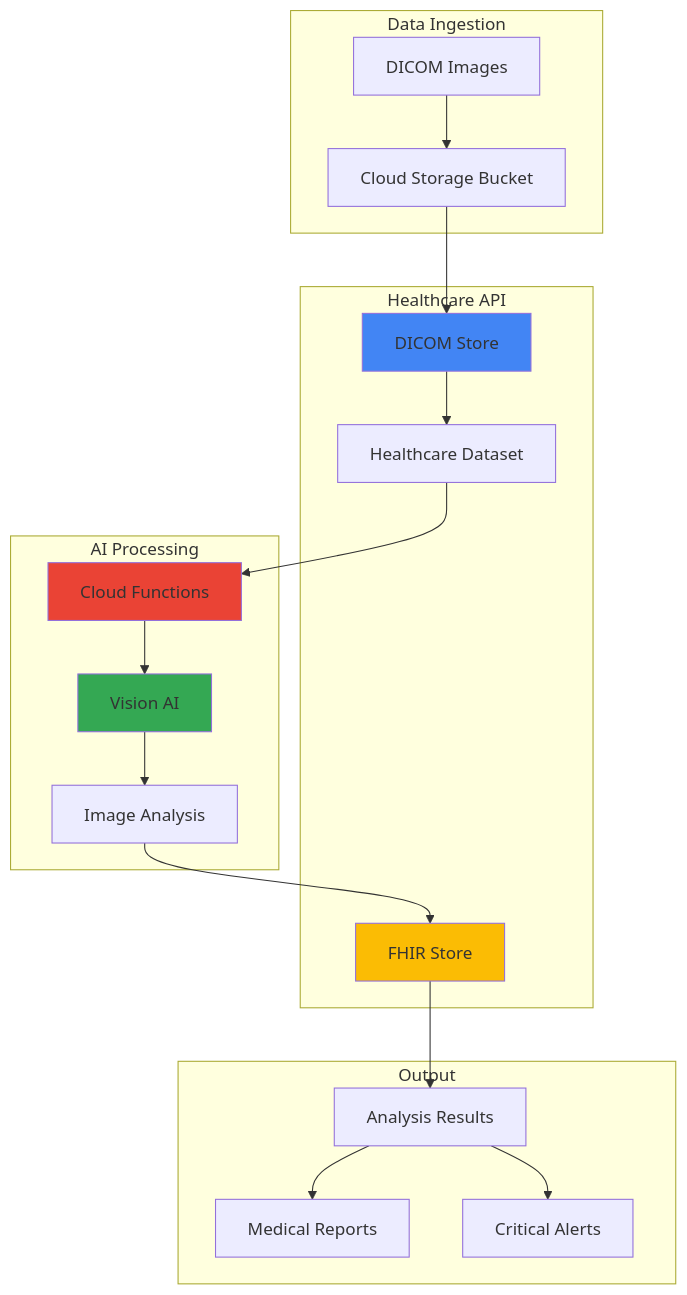
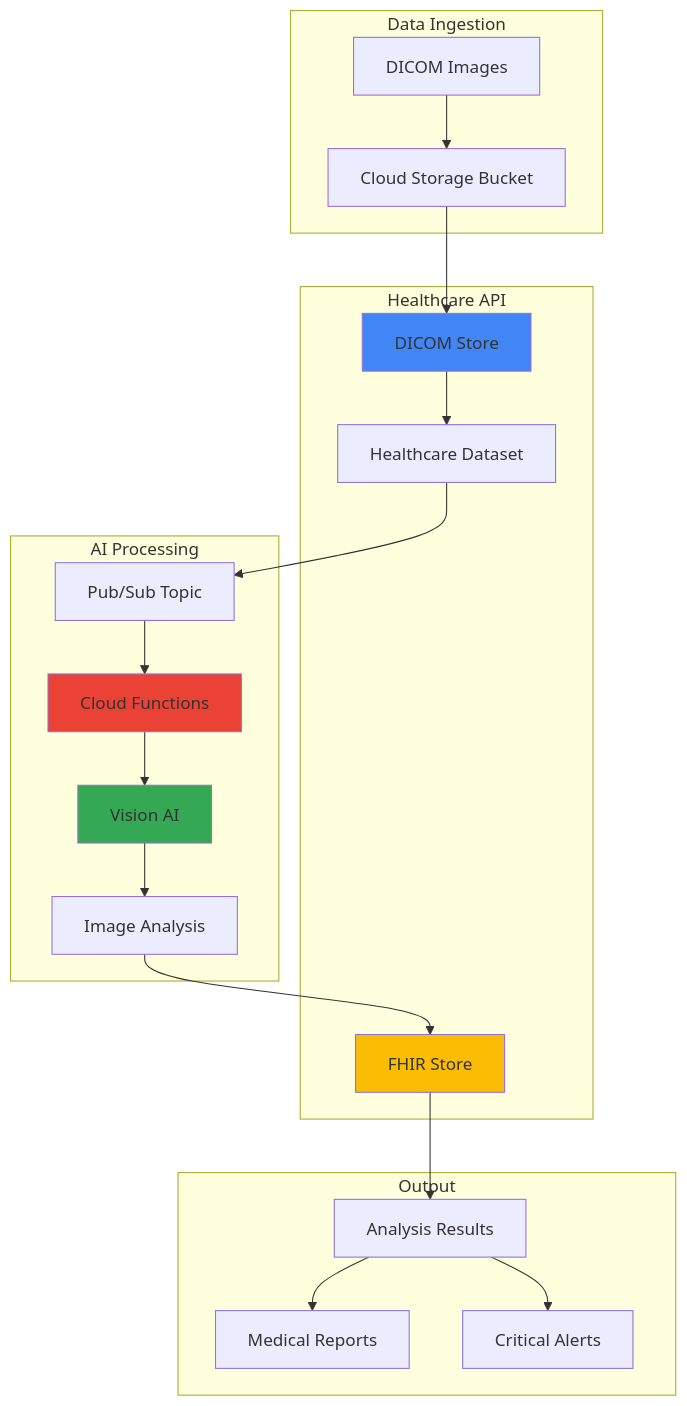
The diagram in gcp/medical-imaging-analysis-healthcare-api-vision-ai/medical-imaging-analysis-healthcare-api-vision-ai.md (mzazon/awesome-cloud-projects), drawn with Mermaid before and after one commit. The commit also changed other lines of this file and 5581 other files, not shown here.

````diff
--- a/gcp/medical-imaging-analysis-healthcare-api-vision-ai/medical-imaging-analysis-healthcare-api-vision-ai.md
+++ b/gcp/medical-imaging-analysis-healthcare-api-vision-ai/medical-imaging-analysis-healthcare-api-vision-ai.md
@@ -30,41 +30,43 @@
 ```mermaid
 graph TB
     subgraph "Data Ingestion"
         DICOM[DICOM Images]
         STORAGE[Cloud Storage Bucket]
     end
     
     subgraph "Healthcare API"
         DATASET[Healthcare Dataset]
         DICOM_STORE[DICOM Store]
         FHIR[FHIR Store]
     end
     
     subgraph "AI Processing"
         VISION[Vision AI]
         FUNCTION[Cloud Functions]
         ANALYSIS[Image Analysis]
+        PUBSUB[Pub/Sub Topic]
     end
     
     subgraph "Output"
         RESULTS[Analysis Results]
         REPORTS[Medical Reports]
         ALERTS[Critical Alerts]
     end
     
     DICOM --> STORAGE
     STORAGE --> DICOM_STORE
     DICOM_STORE --> DATASET
-    DATASET --> FUNCTION
+    DATASET --> PUBSUB
+    PUBSUB --> FUNCTION
     FUNCTION --> VISION
     VISION --> ANALYSIS
     ANALYSIS --> FHIR
     FHIR --> RESULTS
     RESULTS --> REPORTS
     RESULTS --> ALERTS
     
     style DICOM_STORE fill:#4285F4
     style VISION fill:#34A853
     style FUNCTION fill:#EA4335
     style FHIR fill:#FBBC04
 ```
````
